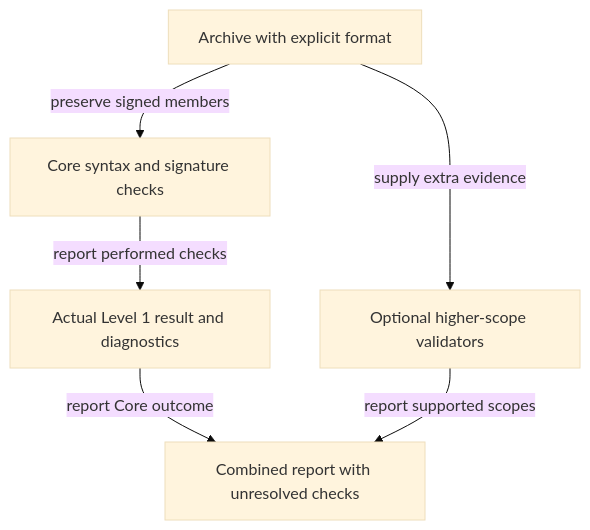
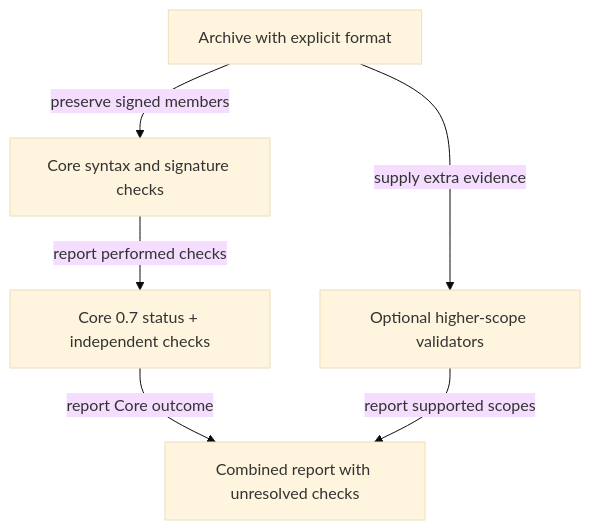
One commit to hjs-spec/jep-architecture changed the diagram in diagrams/replay-verification.md. Above: the diagram before and after it, drawn with Mermaid (base theme). The commit also changed other lines of this file, not shown here.

Commit message:
docs: update replay verification diagram for 0.7 checks

````diff
--- a/diagrams/replay-verification.md
+++ b/diagrams/replay-verification.md
@@ -3,13 +3,13 @@
 ```mermaid
 flowchart TB
     Archive["Archive with explicit format"]
     Core["Core syntax and signature checks"]
-    Result["Actual Level 1 result and diagnostics"]
+    Result["Core 0.7 status + independent checks"]
     Extra["Optional higher-scope validators"]
     Report["Combined report with unresolved checks"]
     Archive -->|preserve signed members| Core
     Core -->|report performed checks| Result
     Result -->|report Core outcome| Report
     Archive -->|supply extra evidence| Extra
     Extra -->|report supported scopes| Report
 ```
````
